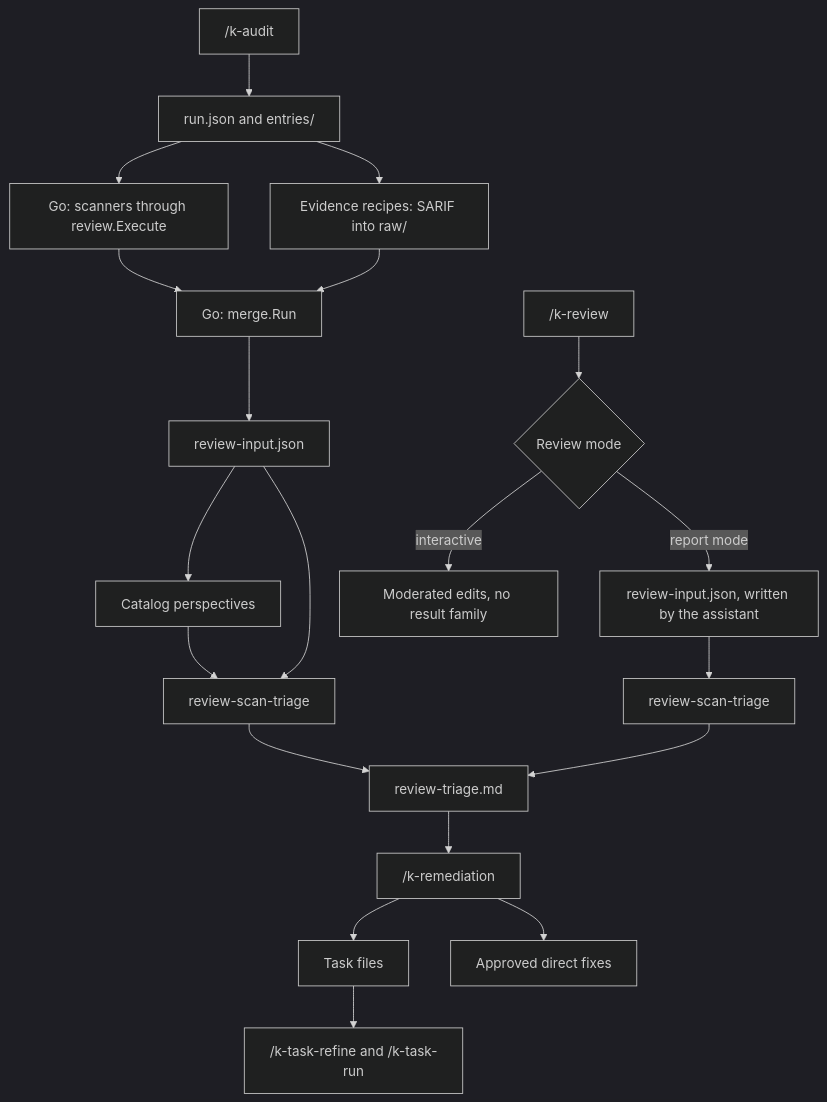
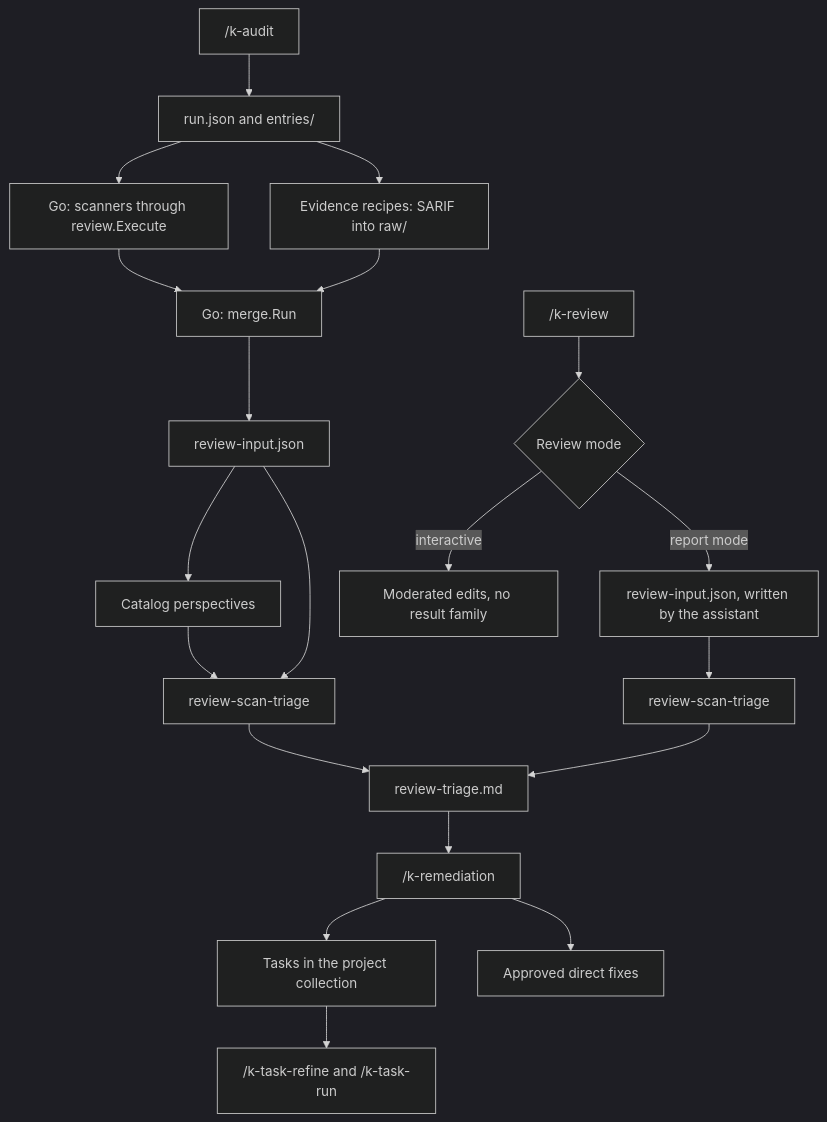
Before and after one commit to kascada/k-playbook: the diagram in defaults/docs/handbook/code-review.md, drawn with Mermaid (dark theme). The commit also changed other lines of this file and 56 other files, not shown here.

````diff
--- a/defaults/docs/handbook/code-review.md
+++ b/defaults/docs/handbook/code-review.md
@@ -44,22 +45,22 @@
 ```mermaid
 flowchart TD
     A["/k-audit"] --> B["run.json and entries/"]
     B --> C["Go: scanners through review.Execute"]
     B --> D["Evidence recipes: SARIF into raw/"]
     C --> E["Go: merge.Run"]
     D --> E
     E --> F["review-input.json"]
     F --> G["Catalog perspectives"]
     F --> H["review-scan-triage"]
     G --> H
     H --> T["review-triage.md"]
     I["/k-review <name>"] --> J{"Review mode"}
     J -->|interactive| K["Moderated edits, no result family"]
     J -->|report mode| L["review-input.json, written by the assistant"]
     L --> M["review-scan-triage"]
     M --> T
     T --> N["/k-remediation"]
-    N --> O["Task files"]
+    N --> O["Tasks in the project collection"]
     O --> P["/k-task-refine and /k-task-run"]
     N --> Q["Approved direct fixes"]
 ```
````
